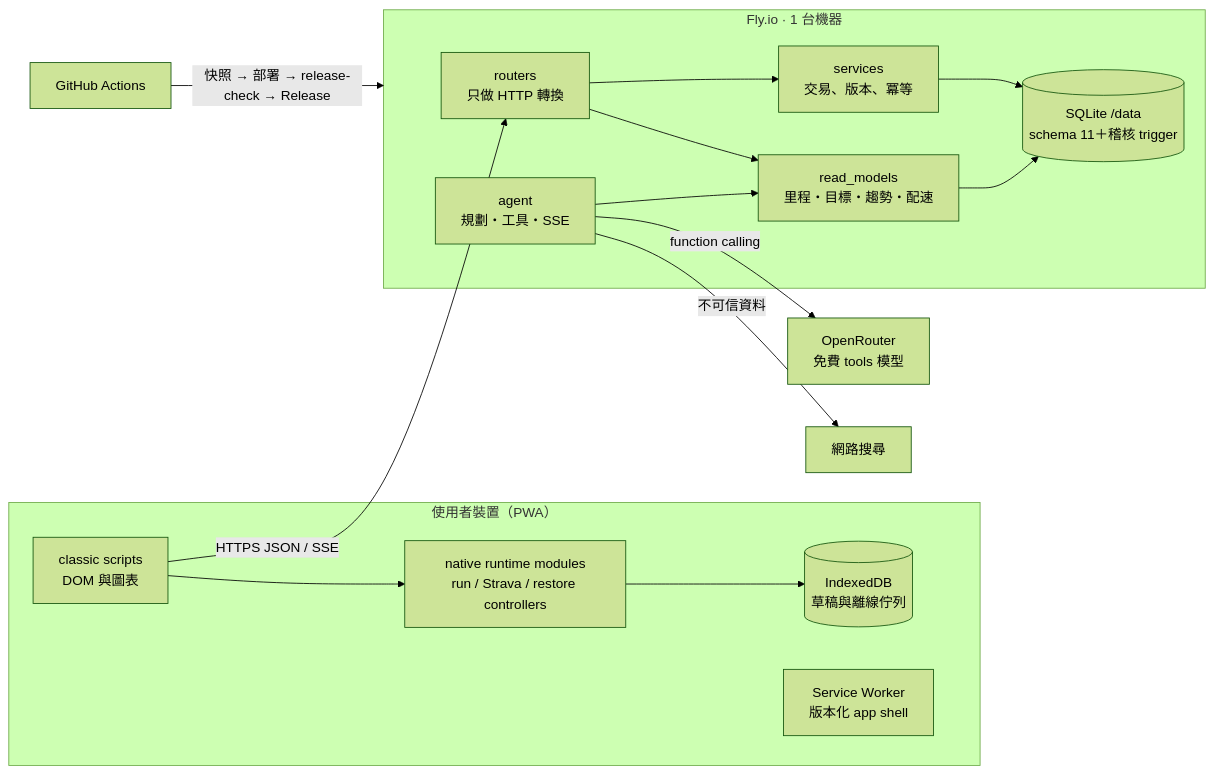
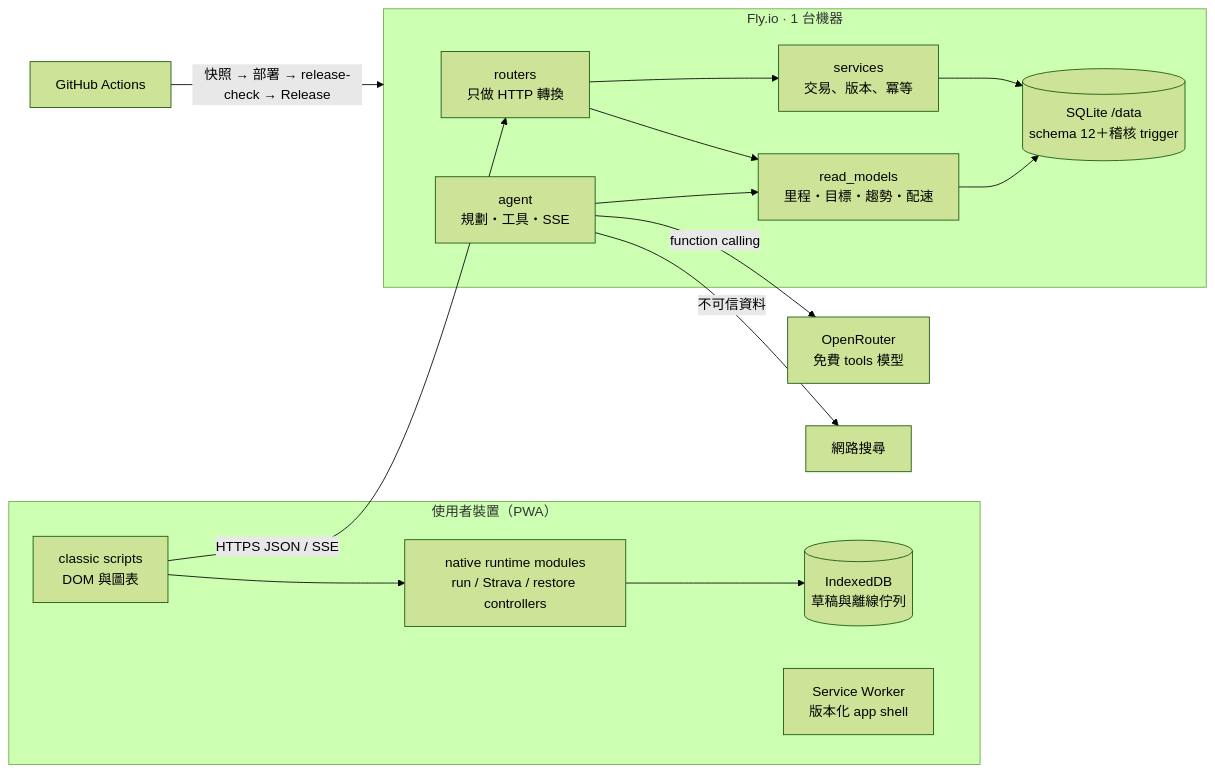
One commit to Teng91/running-shoes changed the diagram in README.md. Above: the diagram before and after it, drawn with Mermaid (forest theme). The commit also changed other lines of this file and 46 other files, not shown here.

````diff
--- a/README.md
+++ b/README.md
@@ -94,19 +94,19 @@
 ```mermaid
 flowchart LR
   subgraph Device["使用者裝置（PWA）"]
     UI["classic scripts<br/>DOM 與圖表"] --> RT["native runtime modules<br/>run / Strava / restore controllers"]
     RT --> IDB[("IndexedDB<br/>草稿與離線佇列")]
     SW["Service Worker<br/>版本化 app shell"]
   end
   subgraph Fly["Fly.io · 1 台機器"]
     R["routers<br/>只做 HTTP 轉換"] --> S["services<br/>交易、版本、冪等"]
     R --> RM["read_models<br/>里程・目標・趨勢・配速"]
-    S --> DB[("SQLite /data<br/>schema 11＋稽核 trigger")]
+    S --> DB[("SQLite /data<br/>schema 12＋稽核 trigger")]
     RM --> DB
     A["agent<br/>規劃・工具・SSE"] --> RM
   end
   UI -- "HTTPS JSON / SSE" --> R
   A -- "function calling" --> OR["OpenRouter<br/>免費 tools 模型"]
   A -- "不可信資料" --> WS["網路搜尋"]
   GH["GitHub Actions"] -- "快照 → 部署 → release-check → Release" --> Fly
 ```
````
